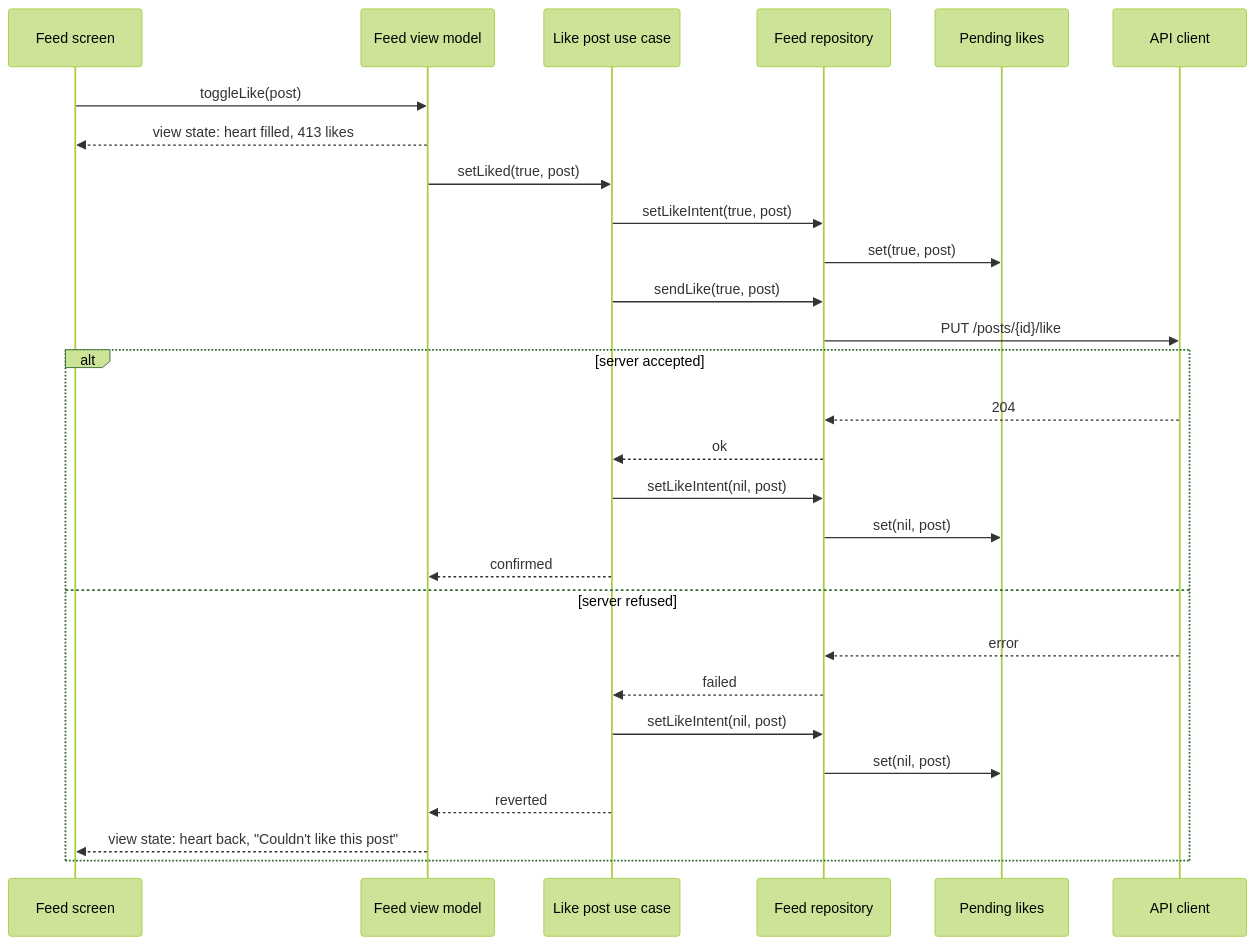
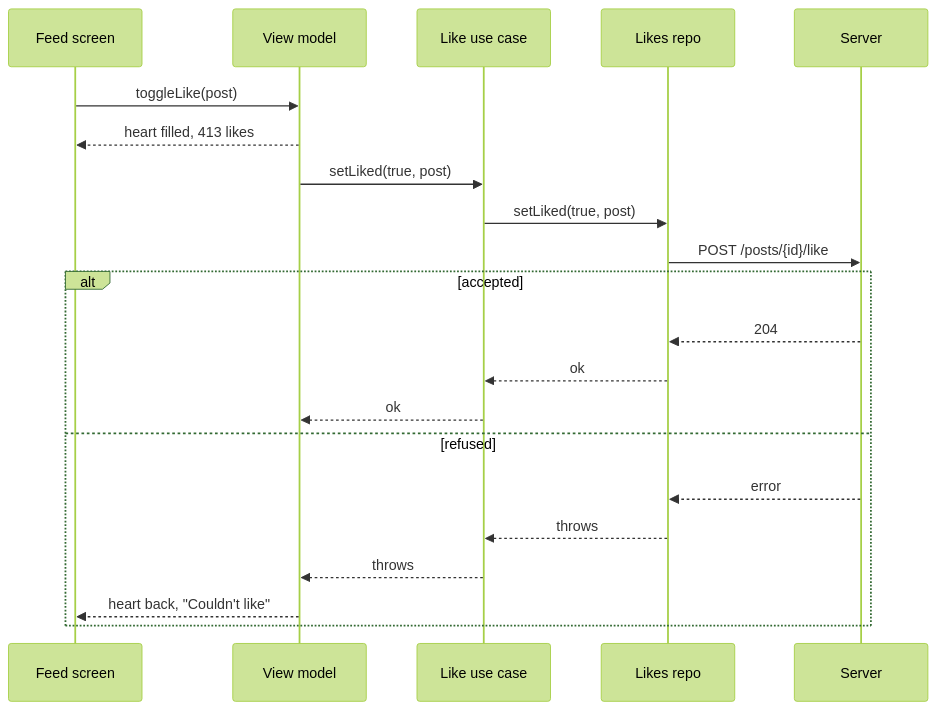
One commit to rezabina86/reference-desk changed the third of 4 diagrams in topics/system-design/02-infinite-photo-feed.md. Above: the diagram before and after it, drawn with Mermaid (forest theme). The commit also changed other lines of this file and 5 other files, not shown here.

````diff
--- a/topics/system-design/02-infinite-photo-feed.md
+++ b/topics/system-design/02-infinite-photo-feed.md
@@ -541,30 +354,23 @@
 ```mermaid
 sequenceDiagram
   participant V as Feed screen
-  participant VM as Feed view model
-  participant U as Like post use case
-  participant R as Feed repository
-  participant P as Pending likes
-  participant A as API client
+  participant VM as View model
+  participant U as Like use case
+  participant L as Likes repo
+  participant S as Server
   V->>VM: toggleLike(post)
-  VM-->>V: view state: heart filled, 413 likes
+  VM-->>V: heart filled, 413 likes
   VM->>U: setLiked(true, post)
-  U->>R: setLikeIntent(true, post)
-  R->>P: set(true, post)
-  U->>R: sendLike(true, post)
-  R->>A: PUT /posts/{id}/like
-  alt server accepted
-    A-->>R: 204
-    R-->>U: ok
-    U->>R: setLikeIntent(nil, post)
-    R->>P: set(nil, post)
-    U-->>VM: confirmed
-  else server refused
-    A-->>R: error
-    R-->>U: failed
-    U->>R: setLikeIntent(nil, post)
-    R->>P: set(nil, post)
-    U-->>VM: reverted
-    VM-->>V: view state: heart back, "Couldn't like this post"
+  U->>L: setLiked(true, post)
+  L->>S: POST /posts/{id}/like
+  alt accepted
+    S-->>L: 204
+    L-->>U: ok
+    U-->>VM: ok
+  else refused
+    S-->>L: error
+    L-->>U: throws
+    U-->>VM: throws
+    VM-->>V: heart back, "Couldn't like"
   end
 ```
````
